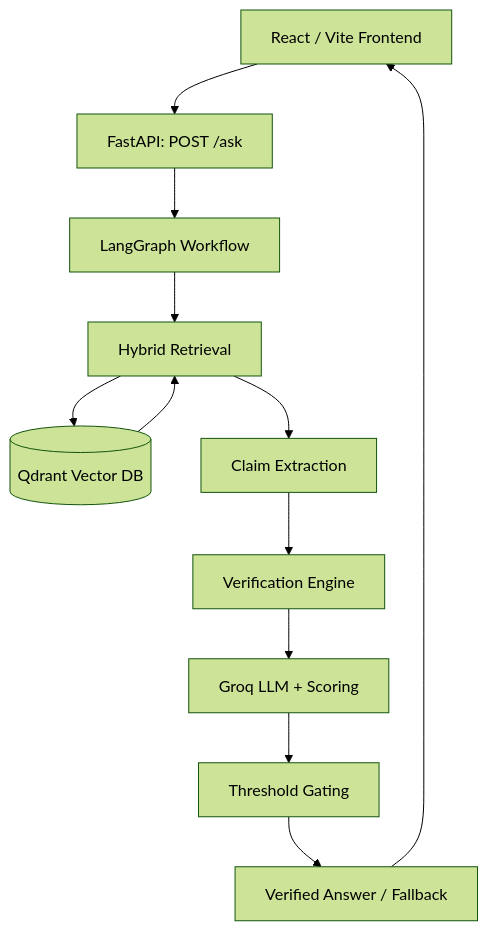
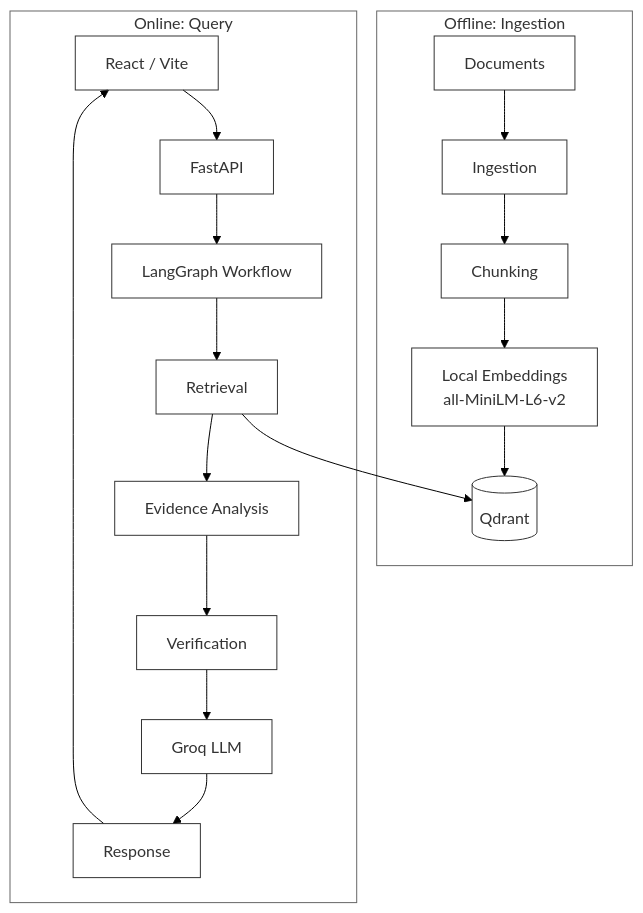
The third of 4 diagrams in README.md (Ritesh18p/Knowledge-Integrity-Engine), drawn with Mermaid (forest theme) before and after one commit. The commit also changed other lines of this file, not shown here.

````diff
--- a/README.md
+++ b/README.md
@@ -55,14 +73,26 @@
 ```mermaid
-flowchart TD
-   UI[React / Vite Frontend] --> API[FastAPI: POST /ask]
-    API --> GRAPH[LangGraph Workflow]
-    GRAPH --> RET[Hybrid Retrieval]
-    RET --> QD[(Qdrant Vector DB)]
-    QD --> RET
-    RET --> CE[Claim Extraction]
-    CE --> VER[Verification Engine]
-    VER --> LLM[Groq LLM + Scoring]
-    LLM --> GATE[Threshold Gating]
-    GATE --> RESP[Verified Answer / Fallback]
-    RESP --> UI
+flowchart TB
+    subgraph Offline["Offline: Ingestion"]
+        DOC[Documents] --> ING[Ingestion]
+        ING --> CH[Chunking]
+        CH --> EMB[Local Embeddings\nall-MiniLM-L6-v2]
+        EMB --> QD[(Qdrant)]
+    end
+
+    subgraph Online["Online: Query"]
+        UI[React / Vite] --> API[FastAPI]
+        API --> LG[LangGraph Workflow]
+        LG --> RET[Retrieval]
+        RET --> QD
+        RET --> EA[Evidence Analysis]
+        EA --> VER[Verification]
+        VER --> LLM[Groq LLM]
+        LLM --> RESP[Response]
+        RESP --> UI
+    end
+
+    classDef node fill:none,stroke:#333,stroke-width:1px,color:#333;
+    class DOC,ING,CH,EMB,QD,UI,API,LG,RET,EA,VER,LLM,RESP node;
+    style Offline fill:none,stroke:#666,stroke-width:1px
+    style Online fill:none,stroke:#666,stroke-width:1px
 ```
````
